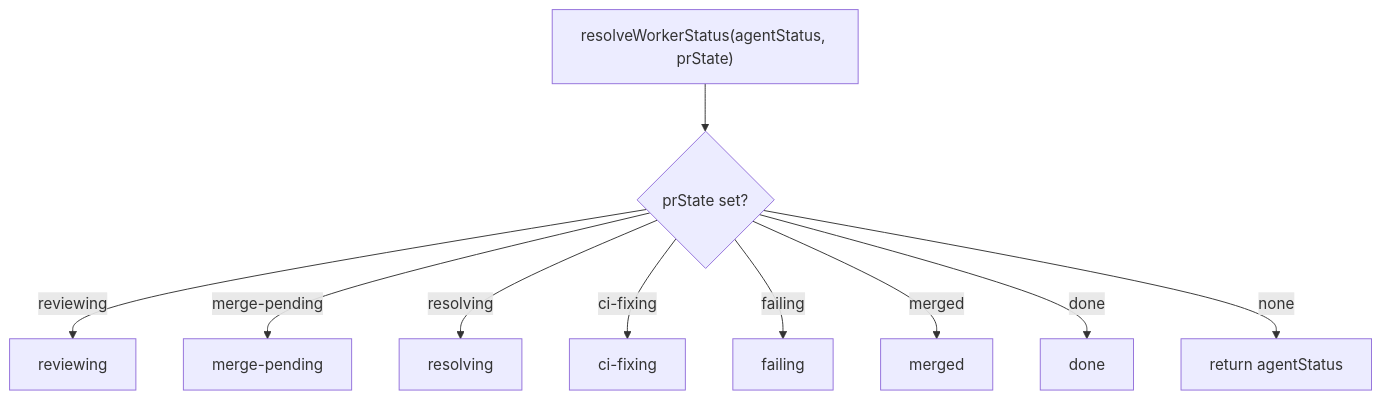
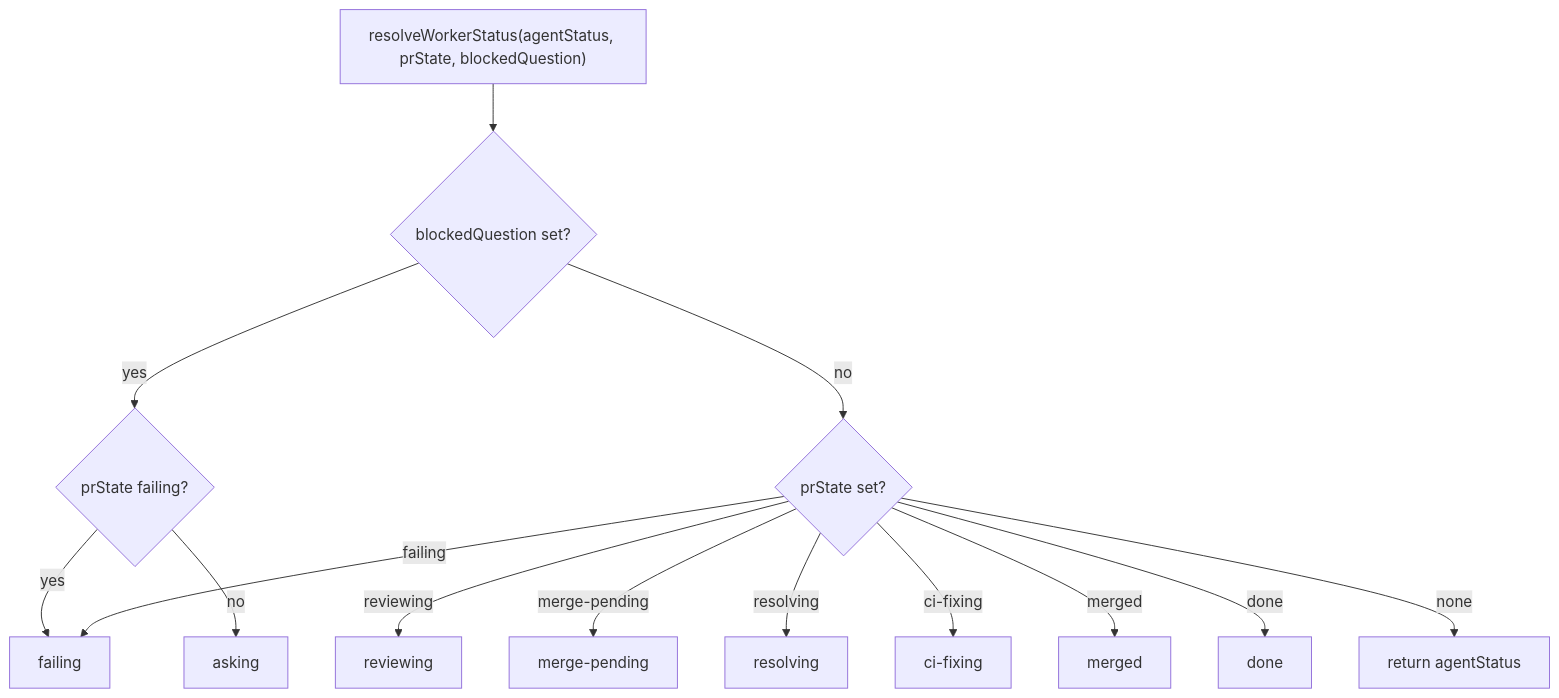
Before and after one commit to keychanger/garden: the second of 4 diagrams in docs/STATUS.md, drawn with Mermaid. The commit also changed other lines of this file and 14 other files, not shown here.

Commit message:
review: align blocked status timing and guidance

````diff
--- a/docs/STATUS.md
+++ b/docs/STATUS.md
@@ -921,12 +922,16 @@
 ```mermaid
 flowchart TD
-    Start["resolveWorkerStatus(agentStatus, prState)"] --> A{prState set?}
+    Start["resolveWorkerStatus(agentStatus, prState, blockedQuestion)"] --> Q{blockedQuestion set?}
+    Q -->|yes| F{prState failing?}
+    F -->|yes| failing
+    F -->|no| asking
+    Q -->|no| A{prState set?}
     A -->|reviewing| reviewing
     A -->|merge-pending| merge_pending["merge-pending"]
     A -->|resolving| resolving
     A -->|ci-fixing| ci_fixing["ci-fixing"]
     A -->|failing| failing
     A -->|merged| merged
     A -->|done| done
     A -->|none| B["return agentStatus"]
 ```
````
